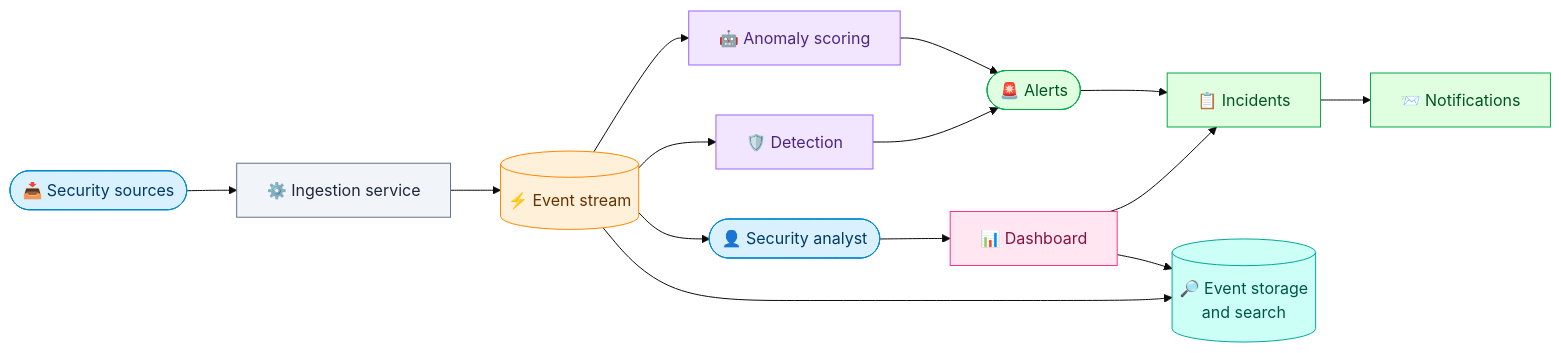
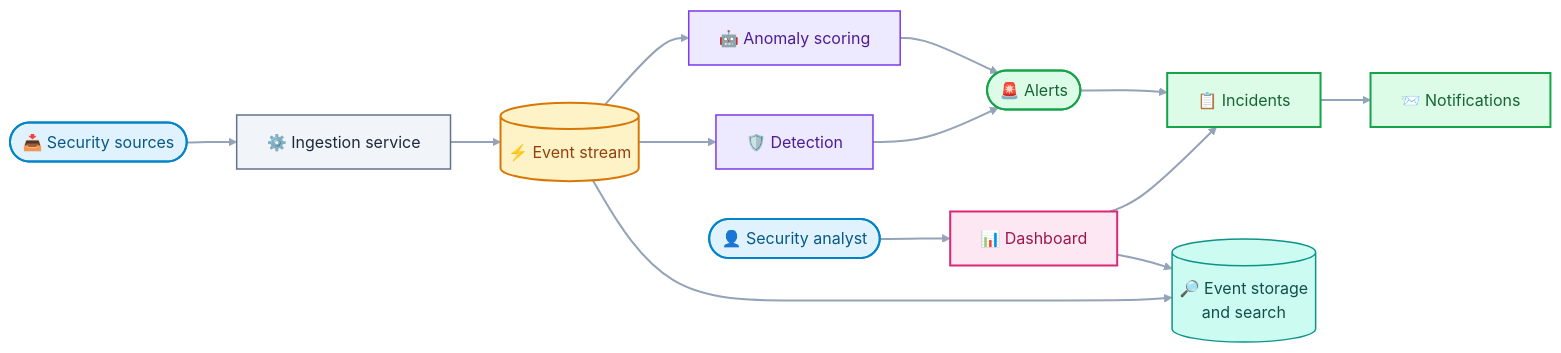
One commit to SecOpsCore/docs changed the diagram in README.md. Above: the diagram before and after it, drawn with Mermaid (base theme). The commit also changed other lines of this file, not shown here.

````diff
--- a/README.md
+++ b/README.md
@@ -16,44 +16,45 @@
 ```mermaid
 flowchart LR
     SRC(["📥 Security sources"])
     ING["⚙️ Ingestion service"]
     KFK[("⚡ Event stream")]
     ML["🤖 Anomaly scoring"]
     TI["🛡️ Detection"]
     HUM(["👤 Security analyst"])
     ALR(["🚨 Alerts"])
     INC["📋 Incidents"]
     NOT["📨 Notifications"]
     DSH["📊 Dashboard"]
     DB[("🔎 Event storage<br/>and search")]
-    
+
     SRC --> ING
     ING --> KFK
     KFK --> ML
     KFK --> TI
-    KFK --> HUM
     KFK --> DB
     ML --> ALR
     TI --> ALR
     ALR --> INC
     INC --> NOT
     HUM --> DSH
     DSH --> INC
     DSH --> DB
 
-    classDef source fill:#d9f0ff,stroke:#0088cc,color:#003b66
-    classDef pipeline fill:#f1f5f9,stroke:#64748b,color:#1e293b
-    classDef stream fill:#fff0d9,stroke:#ff8800,color:#663300
-    classDef detection fill:#f2e6ff,stroke:#9966ff,color:#4b2680
-    classDef alert fill:#e0ffe0,stroke:#00aa44,color:#005522
-    classDef dashboard fill:#ffe6f0,stroke:#ff3388,color:#881144
-    classDef storage fill:#ccfff5,stroke:#00aa99,color:#005544
+    classDef source fill:#E0F2FE,stroke:#0284C7,color:#075985,stroke-width:2px
+    classDef pipeline fill:#F1F5F9,stroke:#64748B,color:#1E293B,stroke-width:1.5px
+    classDef messaging fill:#FEF3C7,stroke:#D97706,color:#92400E,stroke-width:2px
+    classDef storage fill:#CCFBF1,stroke:#0D9488,color:#134E4A,stroke-width:1.5px
+    classDef processing fill:#EDE9FE,stroke:#7C3AED,color:#4C1D95,stroke-width:1.5px
+    classDef output fill:#DCFCE7,stroke:#16A34A,color:#166534,stroke-width:2px
+    classDef frontend fill:#FCE7F3,stroke:#DB2777,color:#9D174D,stroke-width:2px
 
     class SRC,HUM source
     class ING pipeline
-    class KFK stream
-    class ML,TI detection
-    class ALR,INC,NOT alert
-    class DSH dashboard
+    class KFK messaging
     class DB storage
+    class ML,TI processing
+    class ALR,INC,NOT output
+    class DSH frontend
+
+    linkStyle default stroke:#94A3B8,stroke-width:2px
 ```
````
